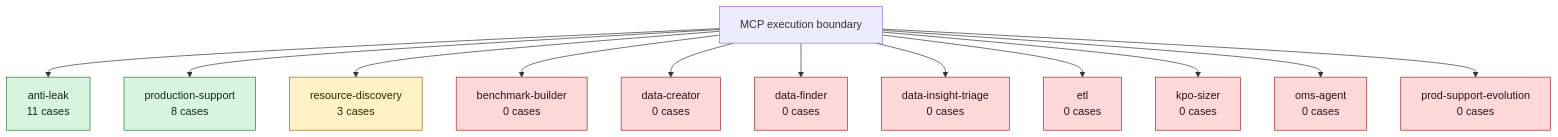
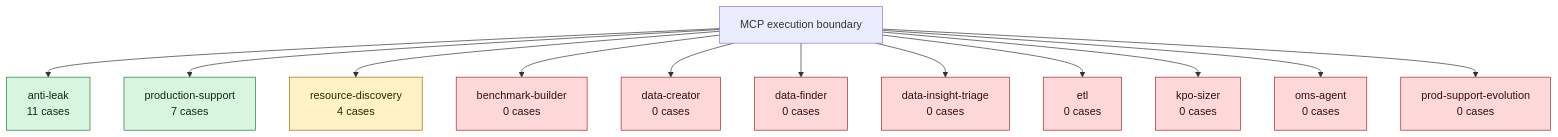
The diagram in src/workspaces/data_engineering/agents/ARCHITECTURE.md (jeisenman/q2_bench), drawn with Mermaid before and after one commit. The commit also changed 104 other files, not shown here.

````diff
--- a/src/workspaces/data_engineering/agents/ARCHITECTURE.md
+++ b/src/workspaces/data_engineering/agents/ARCHITECTURE.md
@@ -8,24 +8,24 @@
 ```mermaid
 flowchart TB
     MCP[MCP execution boundary]
 
     MCP --> AL[anti-leak<br/>11 cases]
-    MCP --> PS[production-support<br/>8 cases]
-    MCP --> RD[resource-discovery<br/>3 cases]
+    MCP --> PS[production-support<br/>7 cases]
+    MCP --> RD[resource-discovery<br/>4 cases]
     MCP --> BB[benchmark-builder<br/>0 cases]
     MCP --> DC[data-creator<br/>0 cases]
     MCP --> DF[data-finder<br/>0 cases]
     MCP --> DIT[data-insight-triage<br/>0 cases]
     MCP --> ETL[etl<br/>0 cases]
     MCP --> KPO[kpo-sizer<br/>0 cases]
     MCP --> OMS[oms-agent<br/>0 cases]
     MCP --> PSE[prod-support-evolution<br/>0 cases]
 
     classDef thorough fill:#d7f5df,stroke:#1f7a3d,color:#102a18
     classDef threshold fill:#fff2c7,stroke:#9a6b00,color:#332400
     classDef warning fill:#ffd9d9,stroke:#a12626,color:#3b0d0d
 
     class AL,PS thorough
     class RD threshold
     class BB,DC,DF,DIT,ETL,KPO,OMS,PSE warning
 ```
````
